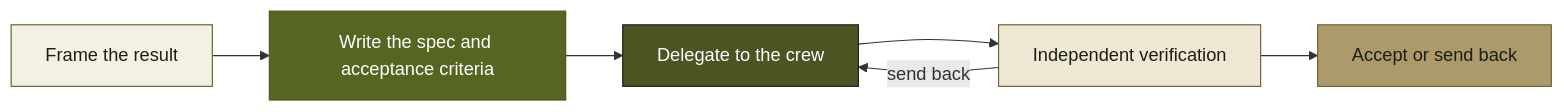
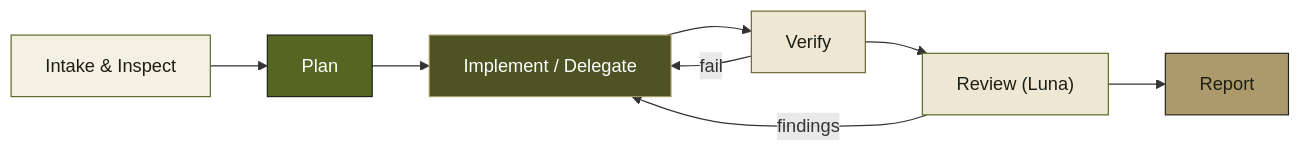
The diagram in README.md (Thanh09Junior/Thanh09Junior), drawn with Mermaid before and after one commit. The commit also changed other lines of this file, not shown here.

````diff
--- a/README.md
+++ b/README.md
@@ -51,18 +46,22 @@
 ```mermaid
 flowchart LR
-    A[Frame the result] --> B[Write the spec and acceptance criteria]
-    B --> C[Delegate to the crew]
-    C --> D[Independent verification]
-    D --> E[Accept or send back]
-    D -- send back --> C
-    classDef frame fill:#F4F1E4,stroke:#576523,color:#1C1E13
-    classDef spec fill:#576523,stroke:#4E5324,color:#FFFFFF
-    classDef delegate fill:#4E5324,stroke:#1C1E13,color:#FFFFFF
+    A["Intake & Inspect"] --> B["Plan"]
+    B --> C["Implement / Delegate"]
+    C --> D["Verify"]
+    D -- "fail" --> C
+    D --> E["Review (Luna)"]
+    E -- "findings" --> C
+    E --> F["Report"]
+    classDef intake fill:#F4F1E4,stroke:#576523,color:#1C1E13
+    classDef plan fill:#576523,stroke:#1C1E13,color:#FFFFFF
+    classDef impl fill:#4E5324,stroke:#AC9A6D,color:#FFFFFF
     classDef verify fill:#EDE7D3,stroke:#66602F,color:#1C1E13
-    classDef decide fill:#AC9A6D,stroke:#66602F,color:#1C1E13
-    class A frame
-    class B spec
-    class C delegate
+    classDef review fill:#EDE7D3,stroke:#576523,color:#1C1E13
+    classDef report fill:#AC9A6D,stroke:#1C1E13,color:#1C1E13
+    class A intake
+    class B plan
+    class C impl
     class D verify
-    class E decide
+    class E review
+    class F report
 ```
````
